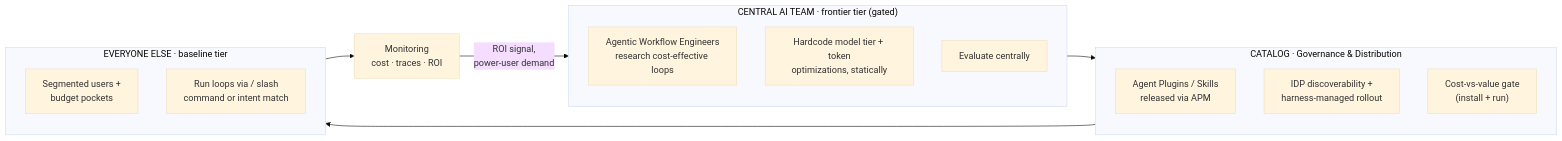
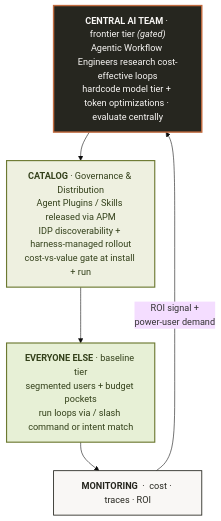
Before and after one commit to danielmeppiel/agentic-sdlc-handbook: the second of 3 diagrams in handbook/ch07-the-agentic-sdlc-bill.qmd, drawn with Mermaid (base theme). The commit also changed other lines of this file and 2 other files, not shown here.

First line of the commit message:
fix(june-2026): redesign ch07 cost visuals + resolve chapter numbering

````diff
--- a/handbook/ch07-the-agentic-sdlc-bill.qmd
+++ b/handbook/ch07-the-agentic-sdlc-bill.qmd
@@ -65,32 +71,18 @@
 ```{mermaid}
 %%| label: fig-loop-factory
 %%| fig-cap: "The cost-effective-loop factory. A small central team turns gated frontier-model exploration into governed, reusable workflows that the whole organization runs on the baseline tier; monitoring closes the loop back to exploration."
 %%| fig-alt: "A left-to-right flowchart with four stages. Stage one, Central AI Team on the gated frontier tier, contains: Agentic Workflow Engineers research cost-effective loops; hardcode model tier and token optimizations statically; evaluate centrally. Stage two, the Catalog at the Governance and Distribution layer, contains: Agent Plugins and Skills released via APM; IDP discoverability plus harness-managed rollout; a cost-versus-value gate at install and run. Stage three, Everyone Else on the baseline tier, contains: segmented users with budget pockets; run loops via slash command or intent match. Stage four is Monitoring of cost, traces, and ROI. Arrows flow left to right from Central AI Team to Catalog to Everyone Else to Monitoring, and a feedback arrow runs from Monitoring back to the Central AI Team carrying the ROI signal and power-user demand."
-%%| fig-width: 6.5
-%%| fig-height: 4.0
-flowchart LR
-    subgraph EXPLORE ["CENTRAL AI TEAM · frontier tier (gated)"]
-        direction TB
-        E1["Agentic Workflow Engineers<br/>research cost-effective loops"]
-        E2["Hardcode model tier + token<br/>optimizations, statically"]
-        E3["Evaluate centrally"]
-    end
-
-    subgraph DIST ["CATALOG · Governance &amp; Distribution"]
-        direction TB
-        D1["Agent Plugins / Skills<br/>released via APM"]
-        D2["IDP discoverability +<br/>harness-managed rollout"]
-        D3["Cost-vs-value gate<br/>(install + run)"]
-    end
-
-    subgraph RUN ["EVERYONE ELSE · baseline tier"]
-        direction TB
-        R1["Segmented users +<br/>budget pockets"]
-        R2["Run loops via / slash<br/>command or intent match"]
-    end
-
-    MON["Monitoring<br/>cost · traces · ROI"]
-
-    EXPLORE --> DIST --> RUN --> MON
-    MON -- "ROI signal,<br/>power-user demand" --> EXPLORE
+%%| fig-width: 5.6
+%%| fig-height: 5.4
+flowchart TB
+    E["<b>CENTRAL AI TEAM</b> · frontier tier <i>(gated)</i><br/>Agentic Workflow Engineers research cost-effective loops<br/>hardcode model tier + token optimizations · evaluate centrally"]:::frontier
+    C["<b>CATALOG</b> · Governance &amp; Distribution<br/>Agent Plugins / Skills released via APM<br/>IDP discoverability + harness-managed rollout<br/>cost-vs-value gate at install + run"]:::catalog
+    R["<b>EVERYONE ELSE</b> · baseline tier<br/>segmented users + budget pockets<br/>run loops via / slash command or intent match"]:::baseline
+    M["<b>MONITORING</b> &nbsp;·&nbsp; cost · traces · ROI"]:::monitor
+    E --> C --> R --> M
+    M -- "ROI signal +<br/>power-user demand" --> E
+    classDef frontier fill:#26261f,stroke:#c26b3f,color:#f9f7f5,stroke-width:2.5px
+    classDef catalog fill:#eef0e0,stroke:#6c7931,color:#33401a,stroke-width:2px
+    classDef baseline fill:#e7f0d6,stroke:#6c7931,color:#33401a,stroke-width:2px
+    classDef monitor fill:#f9f7f5,stroke:#26261f,color:#26261f,stroke-width:1.5px
 ```
````
